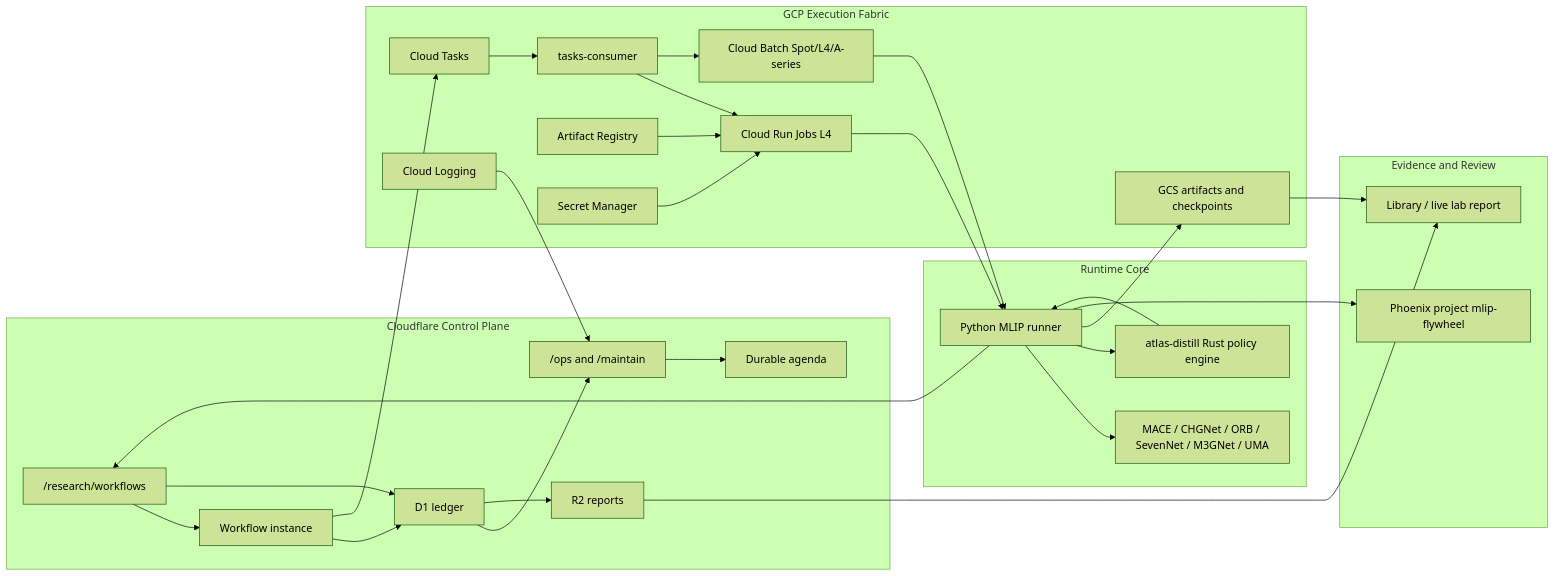
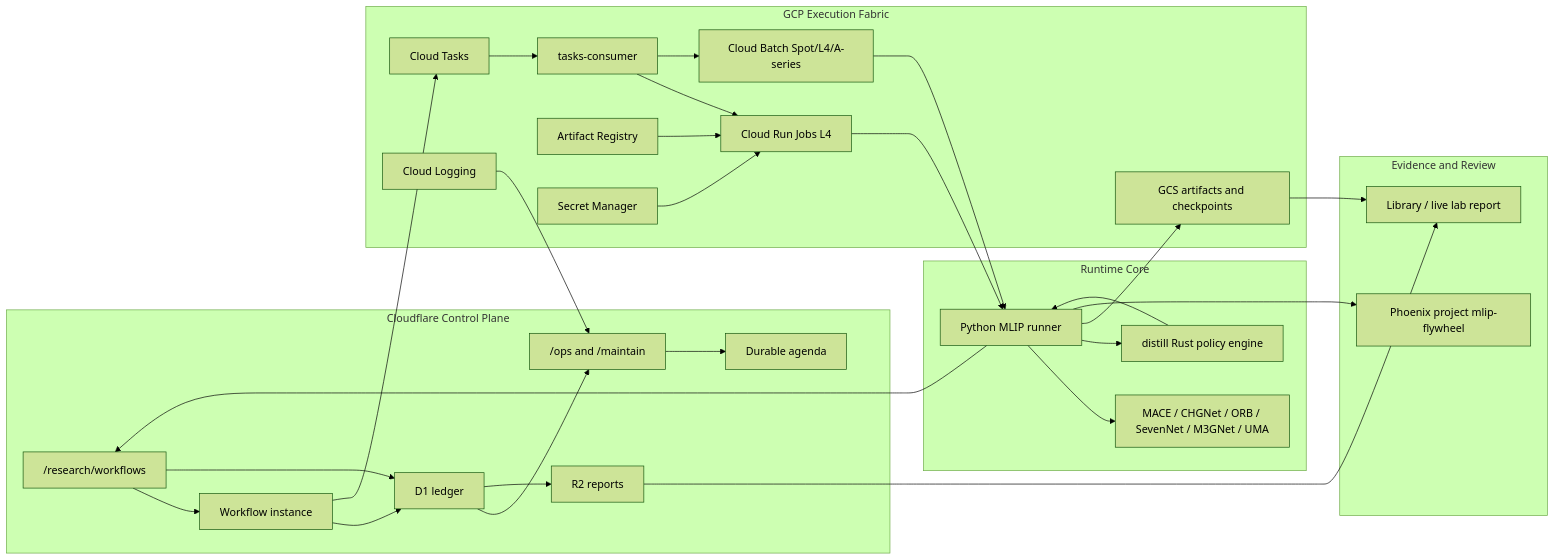
Before and after one commit to alexwelcing/lupine-rhizo: the first of 2 diagrams in docs/mlip-distill-gcp-evolution-architecture.md, drawn with Mermaid (forest theme). The commit also changed other lines of this file and 832 other files, not shown here.

Commit message:
Consolidate internal engine, proof and compute naming under Rhizo and Distill

````diff
--- a/docs/mlip-distill-gcp-evolution-architecture.md
+++ b/docs/mlip-distill-gcp-evolution-architecture.md
@@ -109,53 +109,53 @@
 ```mermaid
 flowchart LR
   subgraph CF["Cloudflare Control Plane"]
     API["/research/workflows"]
     WF["Workflow instance"]
     D1["D1 ledger"]
     R2["R2 reports"]
     OPS["/ops and /maintain"]
     Agenda["Durable agenda"]
   end
 
   subgraph GCP["GCP Execution Fabric"]
     CT["Cloud Tasks"]
     TC["tasks-consumer"]
     CRJ["Cloud Run Jobs L4"]
     Batch["Cloud Batch Spot/L4/A-series"]
     AR["Artifact Registry"]
     GCS["GCS artifacts and checkpoints"]
     SM["Secret Manager"]
     Logs["Cloud Logging"]
   end
 
   subgraph Core["Runtime Core"]
     Py["Python MLIP runner"]
-    Rust["atlas-distill Rust policy engine"]
+    Rust["distill Rust policy engine"]
     MLIP["MACE / CHGNet / ORB / SevenNet / M3GNet / UMA"]
   end
 
   subgraph Obs["Evidence and Review"]
     Phoenix["Phoenix project mlip-flywheel"]
     Site["Library / live lab report"]
   end
 
   API --> WF --> D1
   WF --> CT --> TC
   TC --> CRJ
   TC --> Batch
   CRJ --> Py
   Batch --> Py
   Py --> MLIP
   Py --> Rust
   Rust --> Py
   Py --> GCS
   Py --> Phoenix
   Py --> API
   API --> D1
   D1 --> OPS --> Agenda
   D1 --> R2 --> Site
   GCS --> Site
   AR --> CRJ
   SM --> CRJ
   Logs --> OPS
 ```
````
